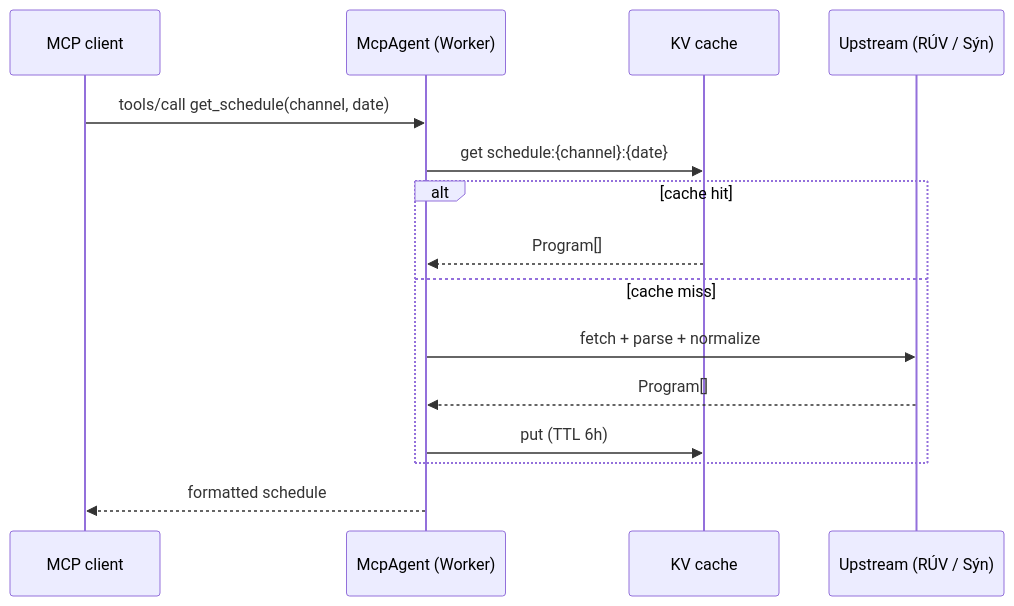
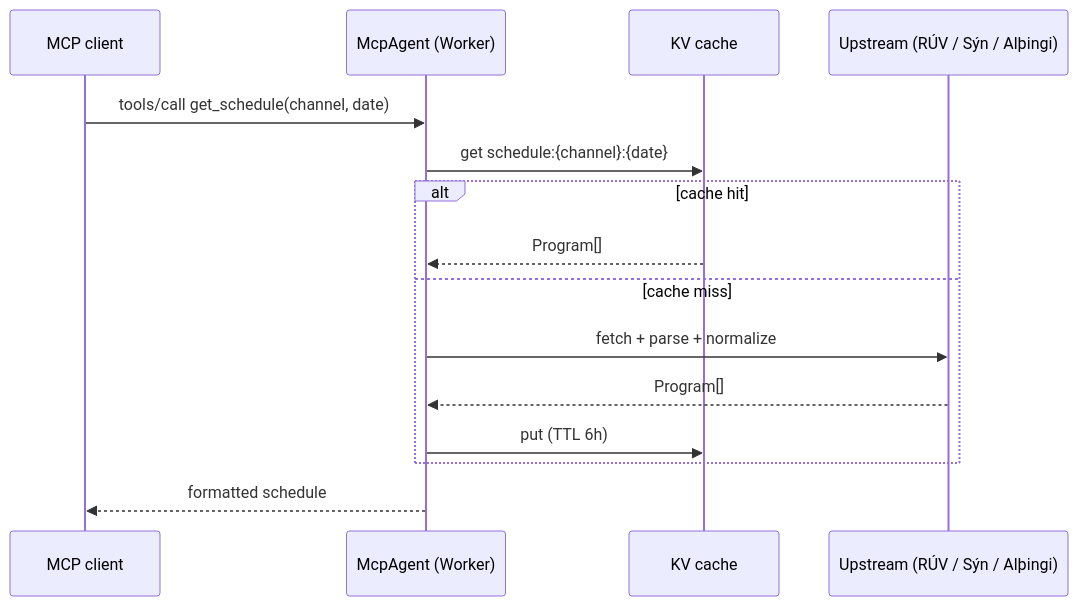
Before and after one commit to HermannBjorgvin/dagskra: the third of 3 diagrams in README.md, drawn with Mermaid. The commit also changed other lines of this file, not shown here.

````diff
--- a/README.md
+++ b/README.md
@@ -126,18 +134,18 @@
 ```mermaid
 sequenceDiagram
     participant C as MCP client
     participant M as McpAgent (Worker)
     participant K as KV cache
-    participant U as Upstream (RÚV / Sýn)
+    participant U as Upstream (RÚV / Sýn / Alþingi)
 
     C->>M: tools/call get_schedule(channel, date)
     M->>K: get schedule:{channel}:{date}
     alt cache hit
         K-->>M: Program[]
     else cache miss
         M->>U: fetch + parse + normalize
         U-->>M: Program[]
         M->>K: put (TTL 6h)
     end
     M-->>C: formatted schedule
 ```
````
